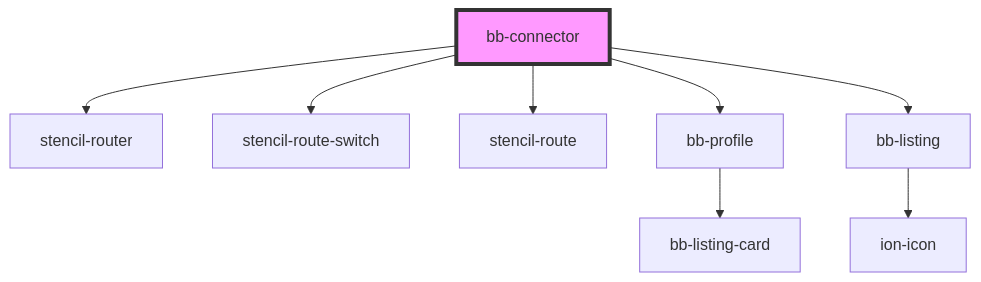
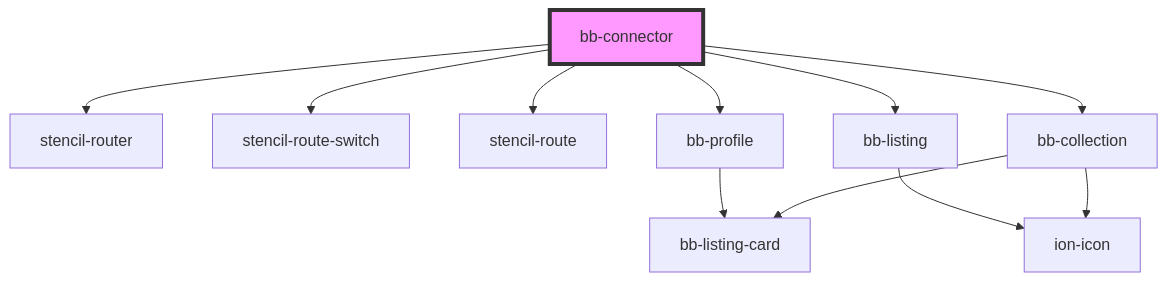
The diagram in src/components/bb-connector/readme.md (BoaterBase/bb-components), drawn with Mermaid before and after one commit. The commit also changed other lines of this file and 17 other files, not shown here.

````diff
--- a/src/components/bb-connector/readme.md
+++ b/src/components/bb-connector/readme.md
@@ -29,11 +30,14 @@
 ```mermaid
 graph TD;
   bb-connector --> stencil-router
   bb-connector --> stencil-route-switch
   bb-connector --> stencil-route
   bb-connector --> bb-profile
   bb-connector --> bb-listing
+  bb-connector --> bb-collection
   bb-profile --> bb-listing-card
   bb-listing --> ion-icon
+  bb-collection --> ion-icon
+  bb-collection --> bb-listing-card
   style bb-connector fill:#f9f,stroke:#333,stroke-width:4px
 ```
````
